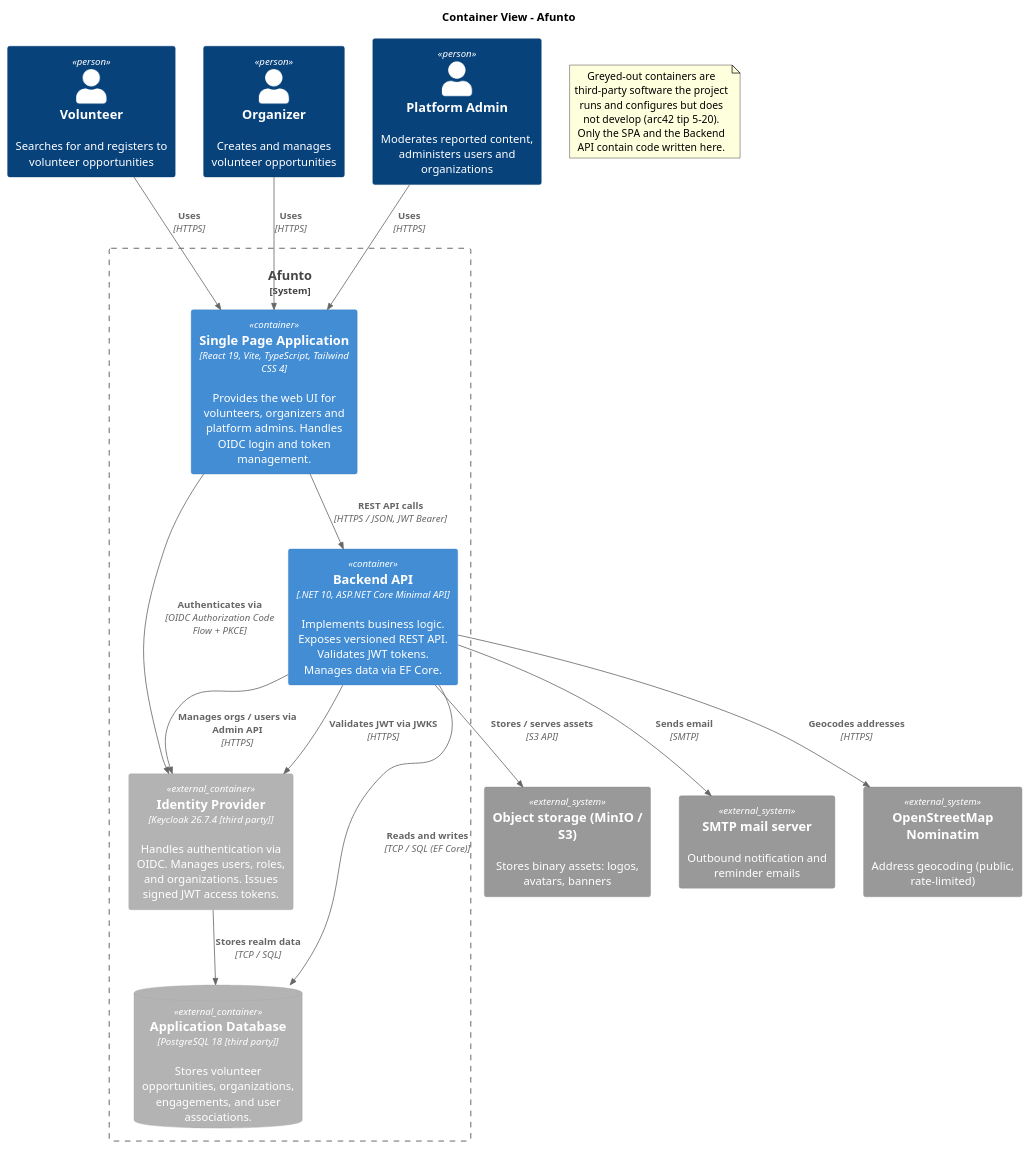
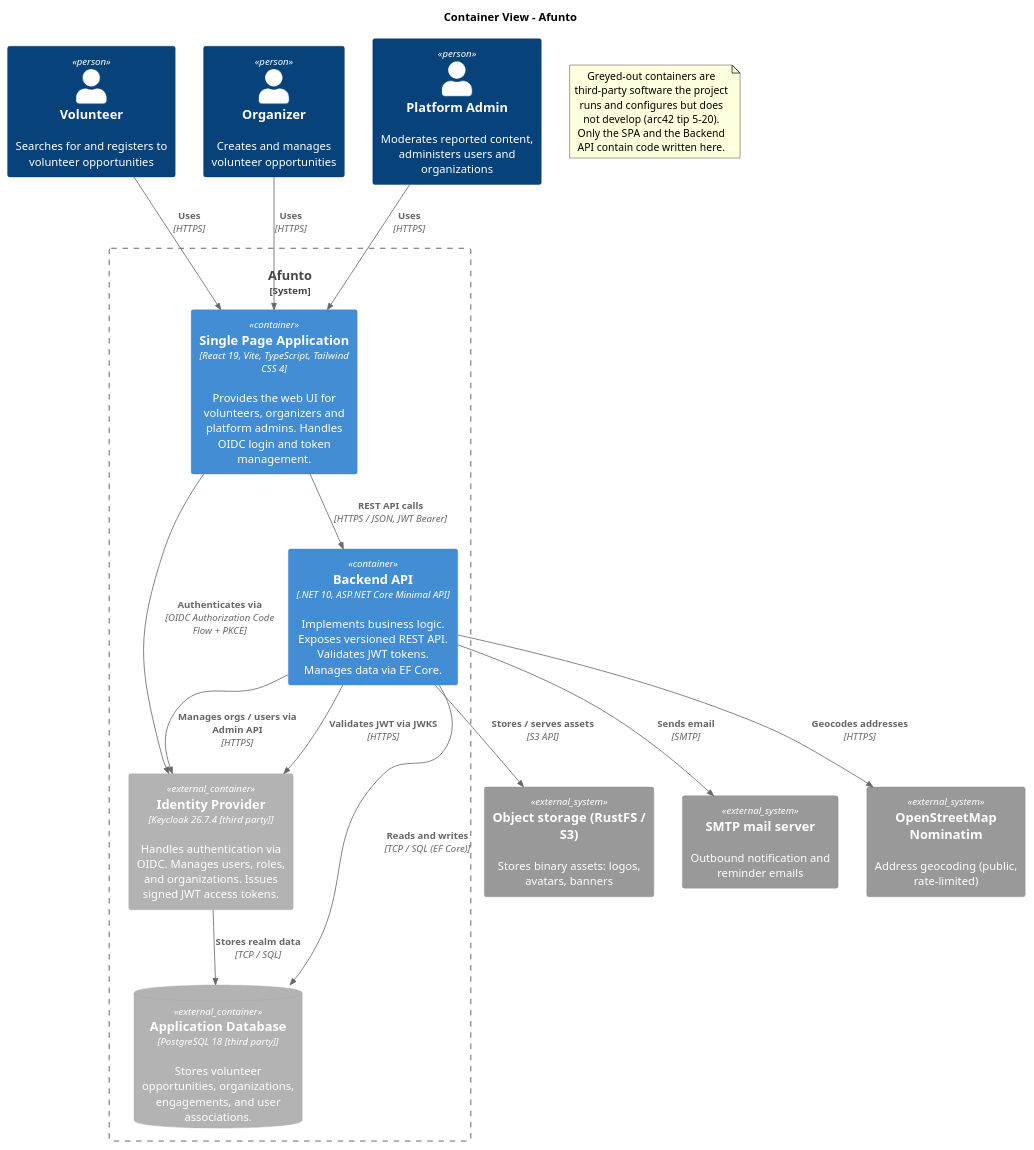
The diagram in docs/Architecture/images/container-view.puml (maik-hasler/afunto), drawn with PlantUML before and after one commit. The commit also changed 37 other files, not shown here.

First line of the commit message:
refactor(storage): replace MinIO with RustFS

```diff
--- a/docs/Architecture/images/container-view.puml
+++ b/docs/Architecture/images/container-view.puml
@@ -1,41 +1,41 @@
 @startuml Container View
 
 !include <C4/C4_Container>
 
 title Container View - Afunto
 
 Person(volunteer, "Volunteer", "Searches for and registers to volunteer opportunities")
 Person(organizer, "Organizer", "Creates and manages volunteer opportunities")
 Person(admin, "Platform Admin", "Moderates reported content, administers users and organizations")
 
 System_Boundary(afunto, "Afunto") {
 		Container(frontend, "Single Page Application", "React 19, Vite, TypeScript, Tailwind CSS 4", "Provides the web UI for volunteers, organizers and platform admins. Handles OIDC login and token management.")
 		Container(backend, "Backend API", ".NET 10, ASP.NET Core Minimal API", "Implements business logic. Exposes versioned REST API. Validates JWT tokens. Manages data via EF Core.")
 		ContainerDb_Ext(db, "Application Database", "PostgreSQL 18 [third party]", "Stores volunteer opportunities, organizations, engagements, and user associations.")
 		Container_Ext(keycloak, "Identity Provider", "Keycloak 26.7.4 [third party]", "Handles authentication via OIDC. Manages users, roles, and organizations. Issues signed JWT access tokens.")
 }
 
-System_Ext(objectstore, "Object storage (MinIO / S3)", "Stores binary assets: logos, avatars, banners")
+System_Ext(objectstore, "Object storage (RustFS / S3)", "Stores binary assets: logos, avatars, banners")
 System_Ext(smtp, "SMTP mail server", "Outbound notification and reminder emails")
 System_Ext(nominatim, "OpenStreetMap Nominatim", "Address geocoding (public, rate-limited)")
 
 Rel(volunteer, frontend, "Uses", "HTTPS")
 Rel(organizer, frontend, "Uses", "HTTPS")
 Rel(admin, frontend, "Uses", "HTTPS")
 Rel(frontend, backend, "REST API calls", "HTTPS / JSON, JWT Bearer")
 Rel(frontend, keycloak, "Authenticates via", "OIDC Authorization Code Flow + PKCE")
 Rel(backend, db, "Reads and writes", "TCP / SQL (EF Core)")
 Rel(backend, keycloak, "Validates JWT via JWKS", "HTTPS")
 Rel(backend, keycloak, "Manages orgs / users via Admin API", "HTTPS")
 Rel(backend, objectstore, "Stores / serves assets", "S3 API")
 Rel(backend, smtp, "Sends email", "SMTP")
 Rel(backend, nominatim, "Geocodes addresses", "HTTPS")
 Rel(keycloak, db, "Stores realm data", "TCP / SQL")
 
 note as ThirdParty
 	Greyed-out containers are third-party software the project
 	runs and configures but does not develop (arc42 tip 5-20).
 	Only the SPA and the Backend API contain code written here.
 end note
 
 @enduml
```
